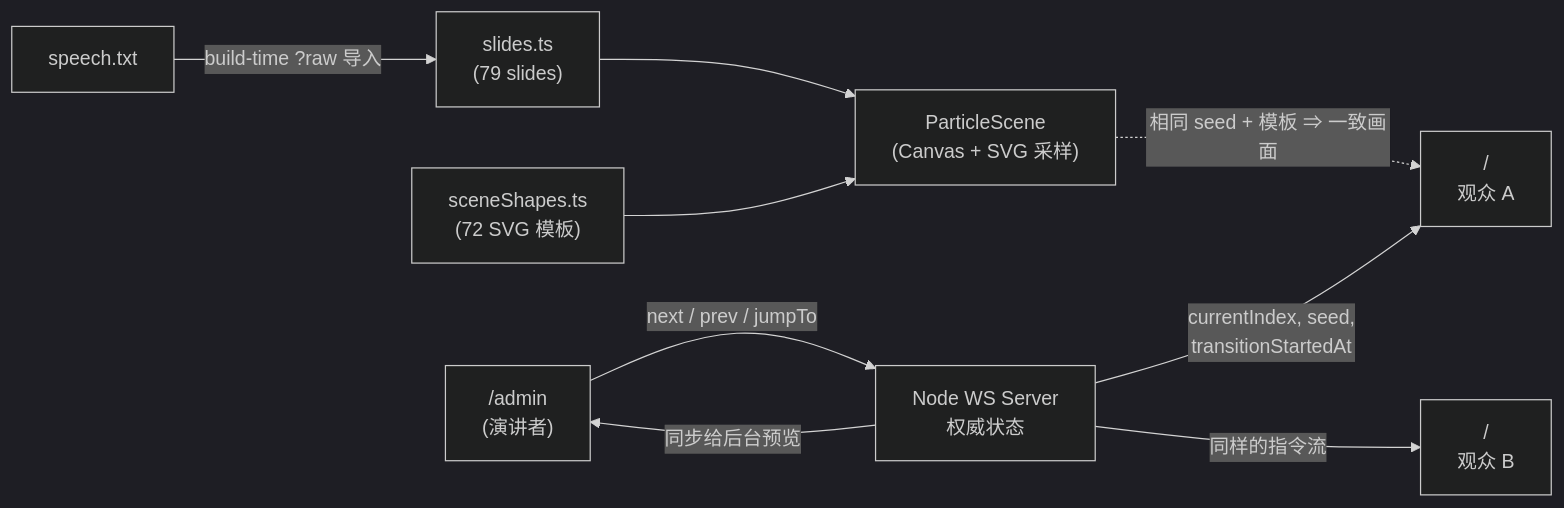
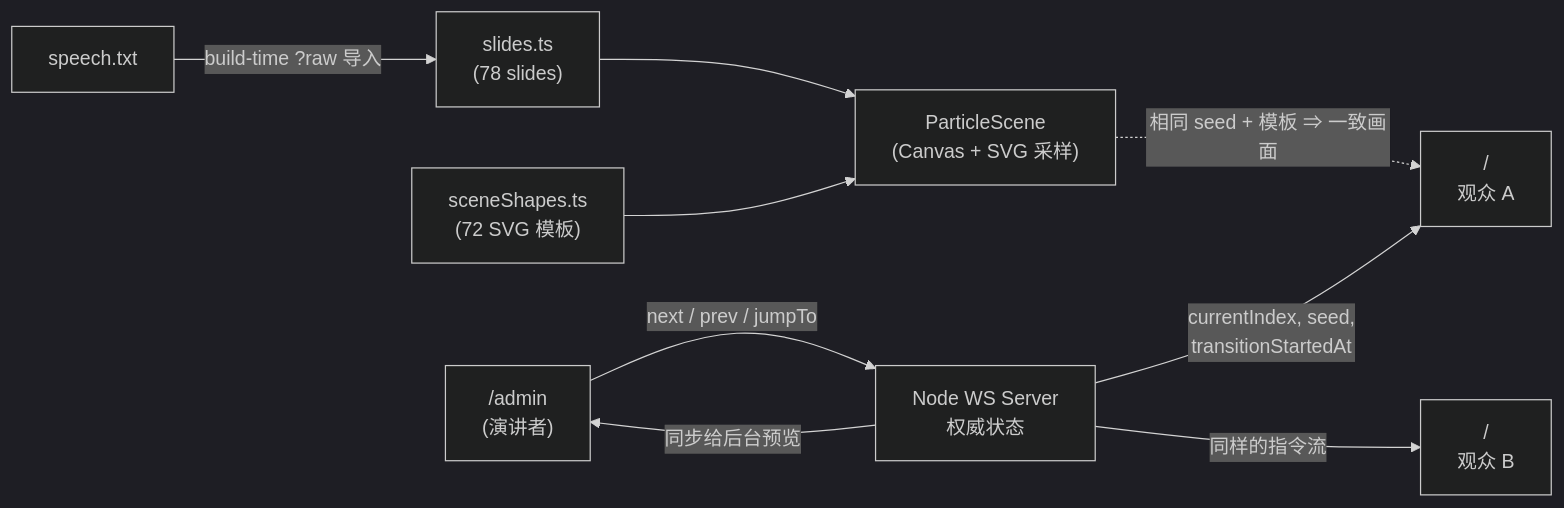
One commit to YicongCao/AI-Coding-Share changed the diagram in README.md. Above: the diagram before and after it, drawn with Mermaid (dark theme). The commit also changed other lines of this file and 11 other files, not shown here.

````diff
--- a/README.md
+++ b/README.md
@@ -30,11 +30,11 @@
 ```mermaid
 flowchart LR
-  speech["speech.txt"] -->|"build-time ?raw 导入"| slides["slides.ts<br/>(79 slides)"]
+  speech["speech.txt"] -->|"build-time ?raw 导入"| slides["slides.ts<br/>(78 slides)"]
   slides --> renderer["ParticleScene<br/>(Canvas + SVG 采样)"]
   shapes["sceneShapes.ts<br/>(72 SVG 模板)"] --> renderer
   admin["/admin<br/>(演讲者)"] -->|"next / prev / jumpTo"| wsServer["Node WS Server<br/>权威状态"]
   wsServer -->|"currentIndex, seed,<br/>transitionStartedAt"| audienceA["/<br/>观众 A"]
   wsServer -->|"同样的指令流"| audienceB["/<br/>观众 B"]
   wsServer -->|"同步给后台预览"| admin
   renderer -.->|"相同 seed + 模板 ⇒ 一致画面"| audienceA
 ```
````
